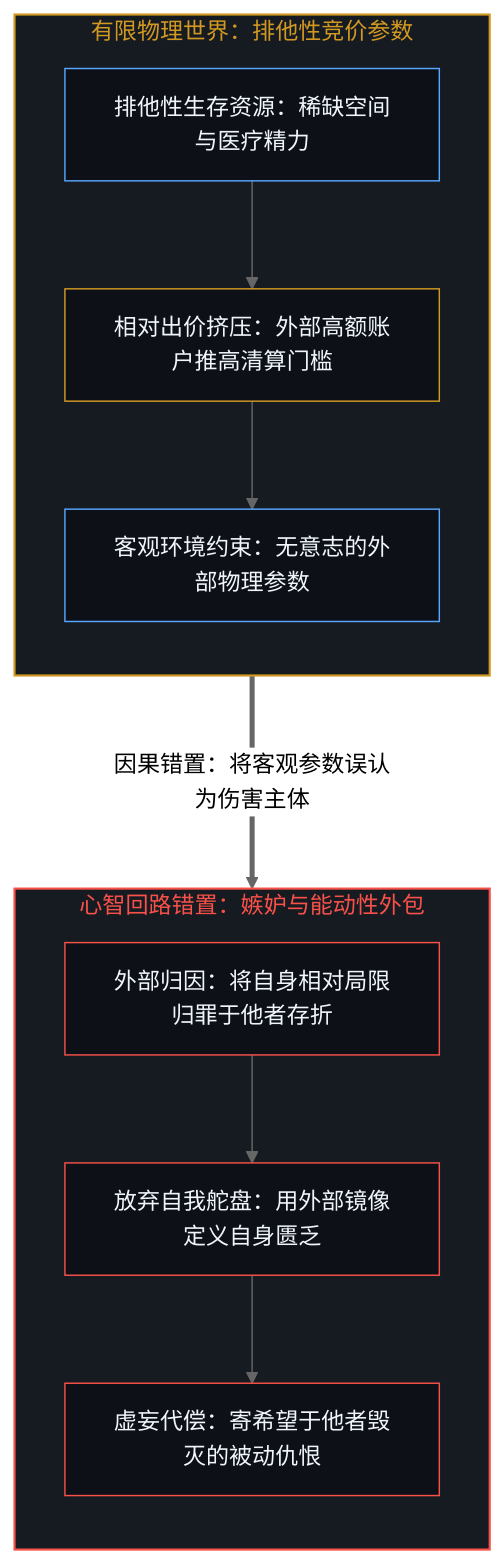
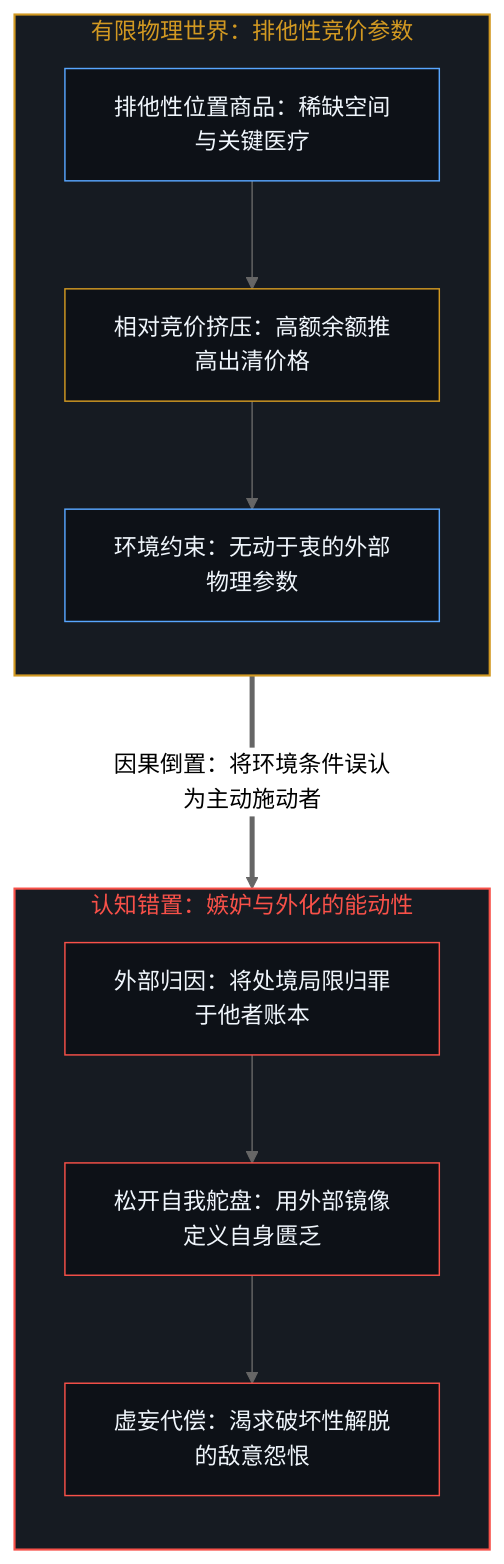
Before and after one commit to powerpig99/not-a-toe: the fifth of 8 diagrams in content/posts/abstract-pain-and-living-hunger.md, drawn with Mermaid (neutral theme). The commit also changed other lines of this file and 7 other files, not shown here.

````diff
--- a/content/posts/abstract-pain-and-living-hunger.md
+++ b/content/posts/abstract-pain-and-living-hunger.md
@@ -145,26 +145,26 @@
 ```mermaid
 flowchart TD
     subgraph S_Reality ["有限物理世界：排他性竞价参数"]
         direction TB
-        R1["排他性生存资源：稀缺空间与医疗精力"]
-        R2["相对出价挤压：外部高额账户推高清算门槛"]
-        R3["客观环境约束：无意志的外部物理参数"]
+        R1["排他性位置商品：稀缺空间与关键医疗"]
+        R2["相对竞价挤压：高额余额推高出清价格"]
+        R3["环境约束：无动于衷的外部物理参数"]
     end
-    subgraph S_Inversion ["心智回路错置：嫉妒与能动性外包"]
+    subgraph S_Inversion ["认知错置：嫉妒与外化的能动性"]
         direction TB
-        I1["外部归因：将自身相对局限归罪于他者存折"]
-        I2["放弃自我舵盘：用外部镜像定义自身匮乏"]
-        I3["虚妄代偿：寄希望于他者毁灭的被动仇恨"]
+        I1["外部归因：将处境局限归罪于他者账本"]
+        I2["松开自我舵盘：用外部镜像定义自身匮乏"]
+        I3["虚妄代偿：渴求破坏性解脱的敌意怨恨"]
     end
     R1 --> R2 --> R3
     I1 --> I2 --> I3
-    R3 ===>|"因果错置：将客观参数误认为伤害主体"| I1
+    R3 ===>|"因果倒置：将环境条件误认为主动施动者"| I1
     style S_Reality fill:#161b22,stroke:#d29922,stroke-width:1.5px,color:#d29922
     style S_Inversion fill:#161b22,stroke:#f85149,stroke-width:1.5px,color:#f85149
     style R1 fill:#0d1117,stroke:#58a6ff,stroke-width:1px,color:#f0f6fc
     style R2 fill:#0d1117,stroke:#d29922,stroke-width:1px,color:#f0f6fc
     style R3 fill:#0d1117,stroke:#58a6ff,stroke-width:1px,color:#f0f6fc
     style I1 fill:#0d1117,stroke:#f85149,stroke-width:1px,color:#f0f6fc
     style I2 fill:#0d1117,stroke:#f85149,stroke-width:1px,color:#f0f6fc
     style I3 fill:#0d1117,stroke:#f85149,stroke-width:1px,color:#f0f6fc
 ```
````
